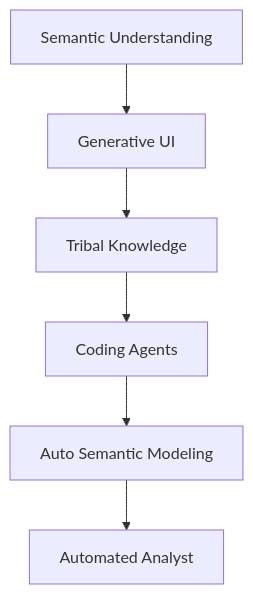
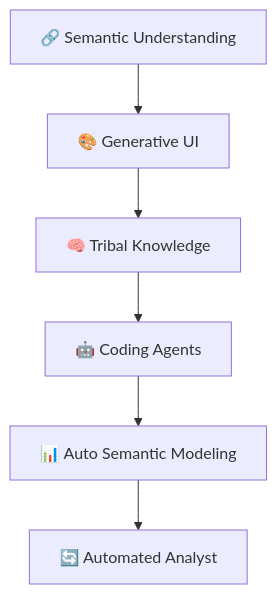
One commit to ashishsuperatom/tech-docs changed the first of 2 diagrams in ip/overview.mdx. Above: the diagram before and after it, drawn with Mermaid. The commit also changed 3 other files, not shown here.

First line of the commit message:
Restore emojis inside mermaid diagram node labels

````diff
--- a/ip/overview.mdx
+++ b/ip/overview.mdx
@@ -9,9 +9,9 @@
 ```mermaid
 flowchart TD
-    I1["Semantic Understanding"] --> I2["Generative UI"]
-    I2 --> I3["Tribal Knowledge"]
-    I3 --> I4["Coding Agents"]
-    I4 --> I5["Auto Semantic Modeling"]
-    I5 --> I6["Automated Analyst"]
+    I1["🔗 Semantic Understanding"] --> I2["🎨 Generative UI"]
+    I2 --> I3["🧠 Tribal Knowledge"]
+    I3 --> I4["🤖 Coding Agents"]
+    I4 --> I5["📊 Auto Semantic Modeling"]
+    I5 --> I6["🔄 Automated Analyst"]
 
 ```
````
